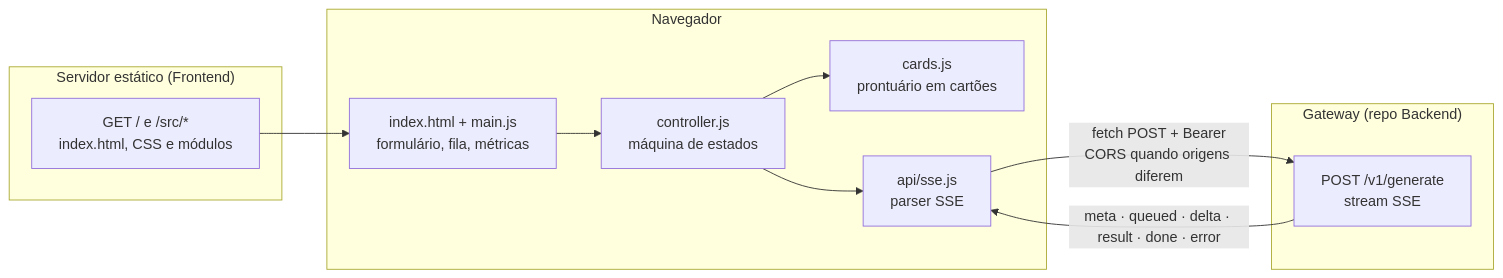
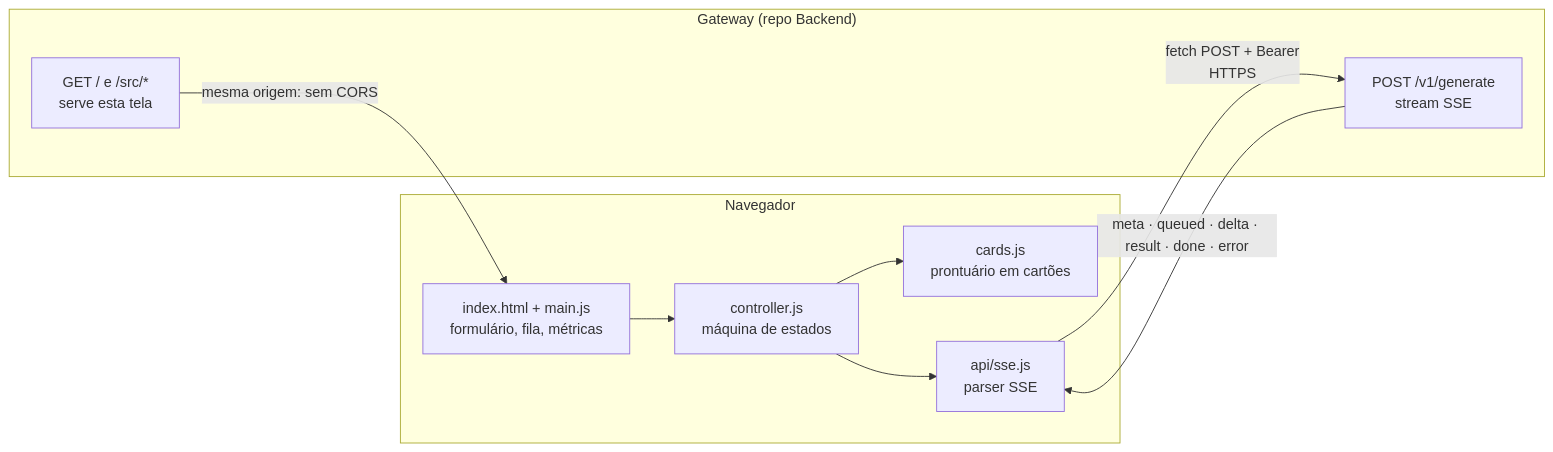
The first of 2 diagrams in EXPLICACAO.md (moinholigeiro/UFES_Redes_Trab2_Frontend), drawn with Mermaid before and after one commit. The commit also changed other lines of this file and 2 other files, not shown here.

First line of the commit message:
docs: README volta a rodar a tela pelo gateway (lab.py demo)

````diff
--- a/EXPLICACAO.md
+++ b/EXPLICACAO.md
@@ -11,20 +11,18 @@
 ```mermaid
 flowchart LR
     subgraph NAV["Navegador"]
         UI["index.html + main.js<br/>formulário, fila, métricas"]
         CARDS["cards.js<br/>prontuário em cartões"]
         CTRL["controller.js<br/>máquina de estados"]
         SSE["api/sse.js<br/>parser SSE"]
     end
-    subgraph HOST["Servidor estático (Frontend)"]
-        STATIC["GET / e /src/*<br/>index.html, CSS e módulos"]
-    end
     subgraph BE["Gateway (repo Backend)"]
+        STATIC["GET / e /src/*<br/>serve esta tela"]
         API["POST /v1/generate<br/>stream SSE"]
     end
-    STATIC --> UI
+    STATIC -->|"mesma origem: sem CORS"| UI
     UI --> CTRL --> SSE
-    SSE -->|"fetch POST + Bearer<br/>CORS quando origens diferem"| API
+    SSE -->|"fetch POST + Bearer<br/>HTTPS"| API
     API -->|"meta · queued · delta · result · done · error"| SSE
     CTRL --> CARDS
 ```
````
